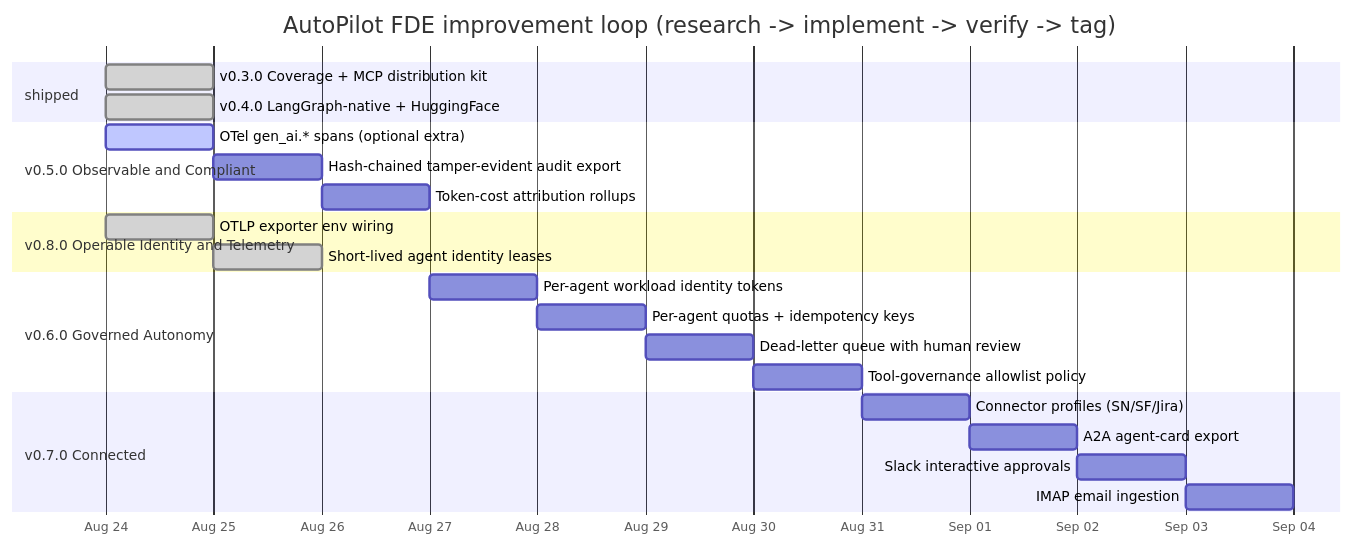
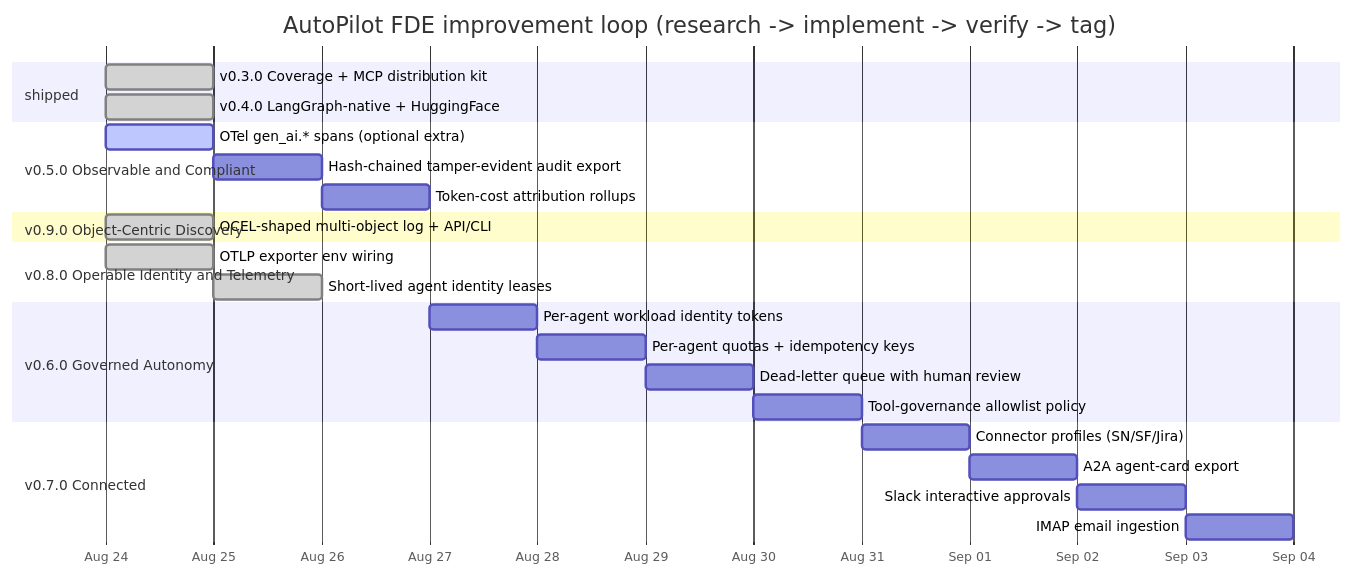
One commit to itsoumya-d/autopilot-fde changed the first of 3 diagrams in ROADMAP.md. Above: the diagram before and after it, drawn with Mermaid. The commit also changed other lines of this file and 9 other files, not shown here.

First line of the commit message:
feat(v0.9.0): Object-Centric Discovery — OCEL-shaped multi-object log

````diff
--- a/ROADMAP.md
+++ b/ROADMAP.md
@@ -10,31 +10,34 @@
 ```mermaid
 gantt
   title AutoPilot FDE improvement loop (research -> implement -> verify -> tag)
   dateFormat YYYY-MM-DD
   axisFormat %b %d
 
   section shipped
   v0.3.0 Coverage + MCP distribution kit   :done, v03, 2026-08-24, 1d
   v0.4.0 LangGraph-native + HuggingFace    :done, v04, 2026-08-24, 1d
 
   section v0.5.0 Observable and Compliant
   OTel gen_ai.* spans (optional extra)      :active, a1, 2026-08-24, 1d
   Hash-chained tamper-evident audit export  :a2, after a1, 1d
   Token-cost attribution rollups            :a3, after a2, 1d
+
+  section v0.9.0 Object-Centric Discovery
+  OCEL-shaped multi-object log + API/CLI      :done, e1, 2026-08-24, 1d
 
   section v0.8.0 Operable Identity and Telemetry
   OTLP exporter env wiring                   :done, d1, 2026-08-24, 1d
   Short-lived agent identity leases          :done, d2, after d1, 1d
 
   section v0.6.0 Governed Autonomy
   Per-agent workload identity tokens        :b1, after a3, 1d
   Per-agent quotas + idempotency keys       :b2, after b1, 1d
   Dead-letter queue with human review       :b3, after b2, 1d
   Tool-governance allowlist policy          :b4, after b3, 1d
 
   section v0.7.0 Connected
   Connector profiles (SN/SF/Jira)           :c1, after b4, 1d
   A2A agent-card export                     :c2, after c1, 1d
   Slack interactive approvals               :c3, after c2, 1d
   IMAP email ingestion                      :c4, after c3, 1d
 ```
````
